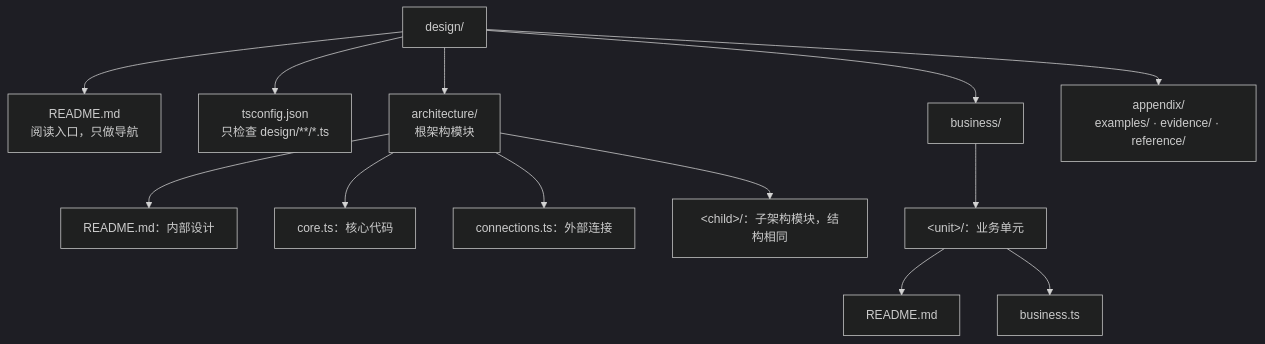
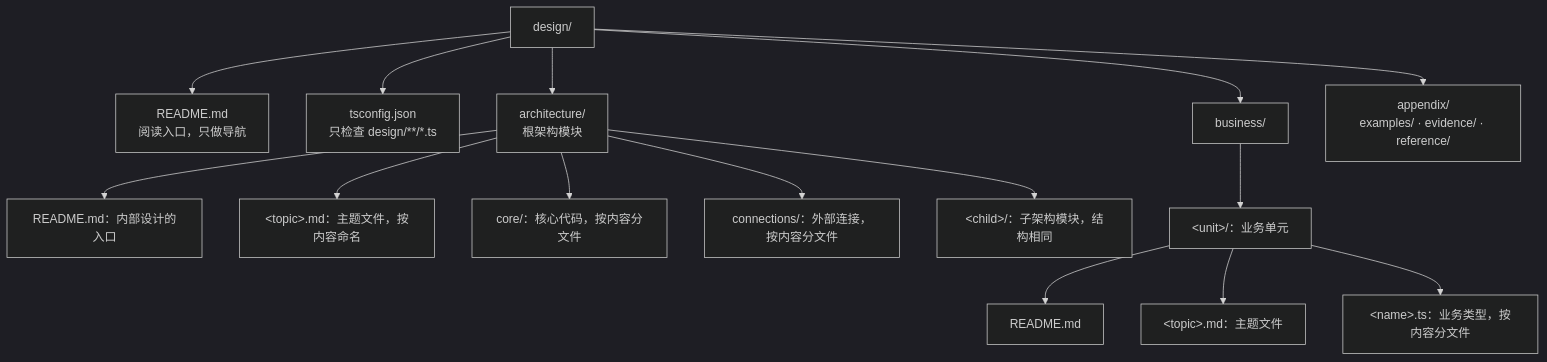
Before and after one commit to mouriya-s-lab/SSoT: the second of 2 diagrams in skills/software-design/SKILL.md, drawn with Mermaid (dark theme). The commit also changed other lines of this file and 1 other file, not shown here.

Commit message:
software-design: name type and topic files by content under fixed category directories; allow topic files

````diff
--- a/skills/software-design/SKILL.md
+++ b/skills/software-design/SKILL.md
@@ -251,16 +251,18 @@
 ```mermaid
 flowchart TB
     D["design/"]
     D --> R["README.md<br/>阅读入口，只做导航"]
     D --> TS["tsconfig.json<br/>只检查 design/**/*.ts"]
     D --> A["architecture/<br/>根架构模块"]
     D --> B["business/"]
     D --> X["appendix/<br/>examples/ · evidence/ · reference/"]
-    A --> AR["README.md：内部设计"]
-    A --> AC["core.ts：核心代码"]
-    A --> AX["connections.ts：外部连接"]
+    A --> AR["README.md：内部设计的入口"]
+    A --> AT["&lt;topic&gt;.md：主题文件，按内容命名"]
+    A --> AC["core/：核心代码，按内容分文件"]
+    A --> AX["connections/：外部连接，按内容分文件"]
     A --> AK["&lt;child&gt;/：子架构模块，结构相同"]
     B --> BU["&lt;unit&gt;/：业务单元"]
     BU --> BR["README.md"]
-    BU --> BT["business.ts"]
+    BU --> BP["&lt;topic&gt;.md：主题文件"]
+    BU --> BT["&lt;name&gt;.ts：业务类型，按内容分文件"]
 ```
````
